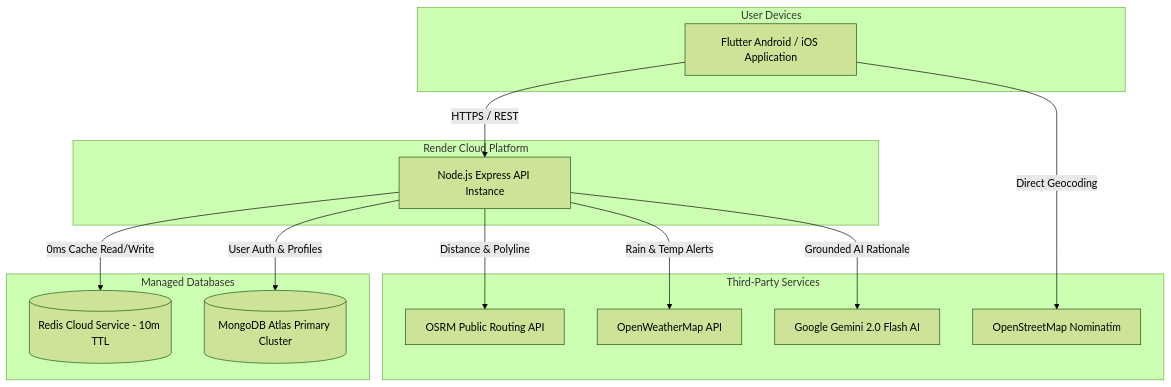
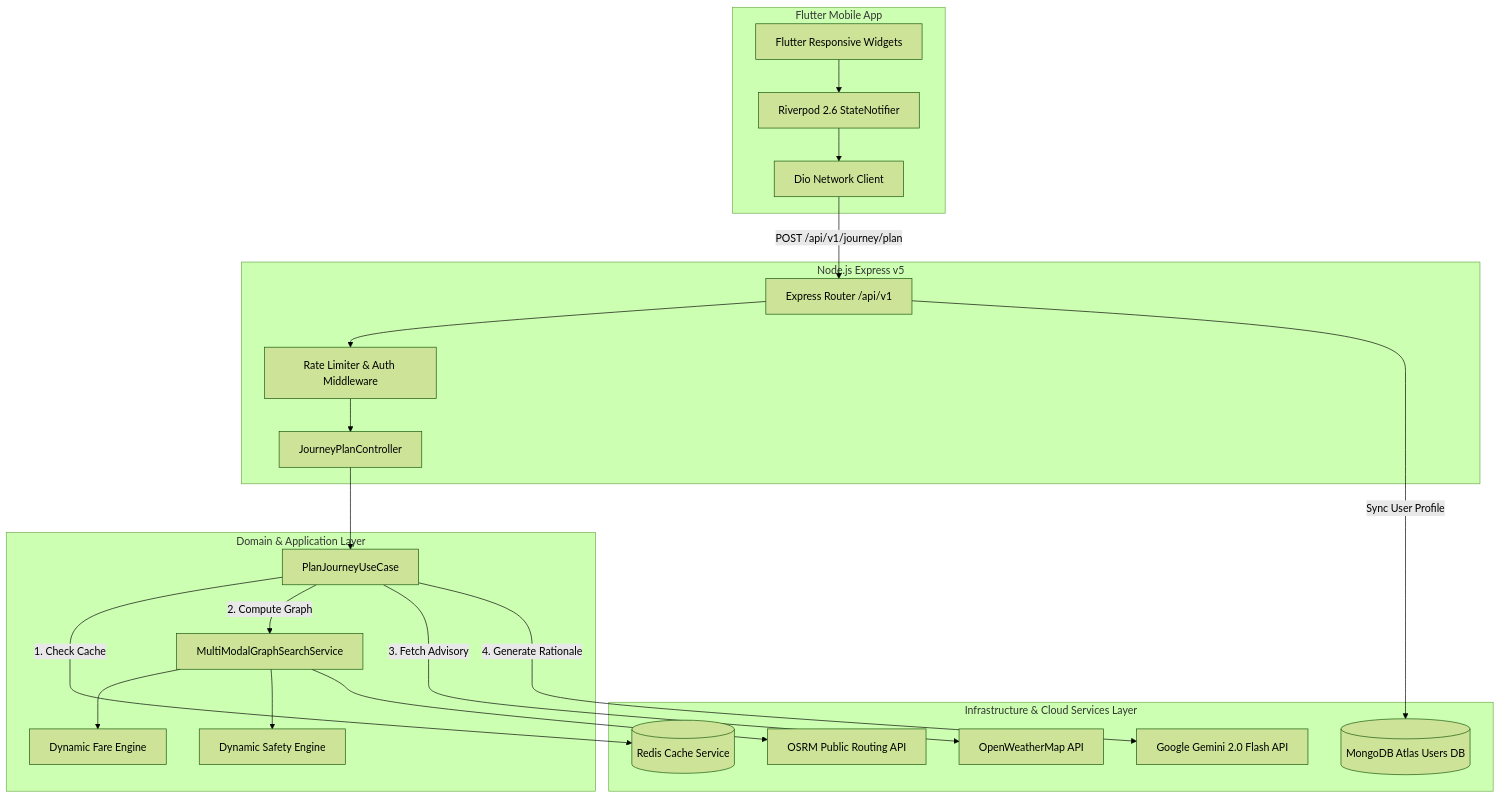
The first of 6 diagrams in Sarthee_AI_Enterprise_Developer_Handbook.md (vivek-kumar-kandu/Sarthee-AI), drawn with Mermaid (forest theme) before and after one commit. The commit also changed other lines of this file, not shown here.

Commit message:
docs: generate master 35-section software architecture and technical documentation handbook

````diff
--- a/Sarthee_AI_Enterprise_Developer_Handbook.md
+++ b/Sarthee_AI_Enterprise_Developer_Handbook.md
@@ -562,30 +121,42 @@
 ```mermaid
 graph TD
-    subgraph Client Tier [User Devices]
-        MOB[Flutter Android / iOS Application]
+    subgraph Client Layer [Flutter Mobile App]
+        UI[Flutter Responsive Widgets]
+        RP[Riverpod 2.6 StateNotifier]
+        DIO[Dio Network Client]
     end
 
-    subgraph Hosting Tier [Render Cloud Platform]
-        API_SRV[Node.js Express API Instance]
+    subgraph API Gateway Layer [Node.js Express v5]
+        GW[Express Router /api/v1]
+        MW[Rate Limiter & Auth Middleware]
+        CTRL[JourneyPlanController]
     end
 
-    subgraph Data Tier [Managed Databases]
-        REDIS[(Redis Cloud Service - 10m TTL)]
-        MONGO[(MongoDB Atlas Primary Cluster)]
+    subgraph Domain & Application Layer
+        UC[PlanJourneyUseCase]
+        MMGS[MultiModalGraphSearchService]
+        DFE[Dynamic Fare Engine]
+        DSE[Dynamic Safety Engine]
     end
 
-    subgraph External APIs Tier [Third-Party Services]
-        OSRM_API[OSRM Public Routing API]
-        OWM_API[OpenWeatherMap API]
-        NOM_API[OpenStreetMap Nominatim]
-        GEMINI_API[Google Gemini 2.0 Flash AI]
+    subgraph Infrastructure & Cloud Services Layer
+        REDIS[(Redis Cache Service)]
+        MONGO[(MongoDB Atlas Users DB)]
+        OSRM[OSRM Public Routing API]
+        OWM[OpenWeatherMap API]
+        GEMINI[Google Gemini 2.0 Flash API]
     end
 
-    MOB -->|HTTPS / REST| API_SRV
-    API_SRV -->|0ms Cache Read/Write| REDIS
-    API_SRV -->|User Auth & Profiles| MONGO
-    API_SRV -->|Distance & Polyline| OSRM_API
-    API_SRV -->|Rain & Temp Alerts| OWM_API
-    API_SRV -->|Grounded AI Rationale| GEMINI_API
-    MOB -->|Direct Geocoding| NOM_API
+    UI --> RP --> DIO
+    DIO -->|POST /api/v1/journey/plan| GW
+    GW --> MW --> CTRL
+    CTRL --> UC
+    UC -->|1. Check Cache| REDIS
+    UC -->|2. Compute Graph| MMGS
+    MMGS --> DFE
+    MMGS --> DSE
+    MMGS --> OSRM
+    UC -->|3. Fetch Advisory| OWM
+    UC -->|4. Generate Rationale| GEMINI
+    GW -->|Sync User Profile| MONGO
 ```
````
